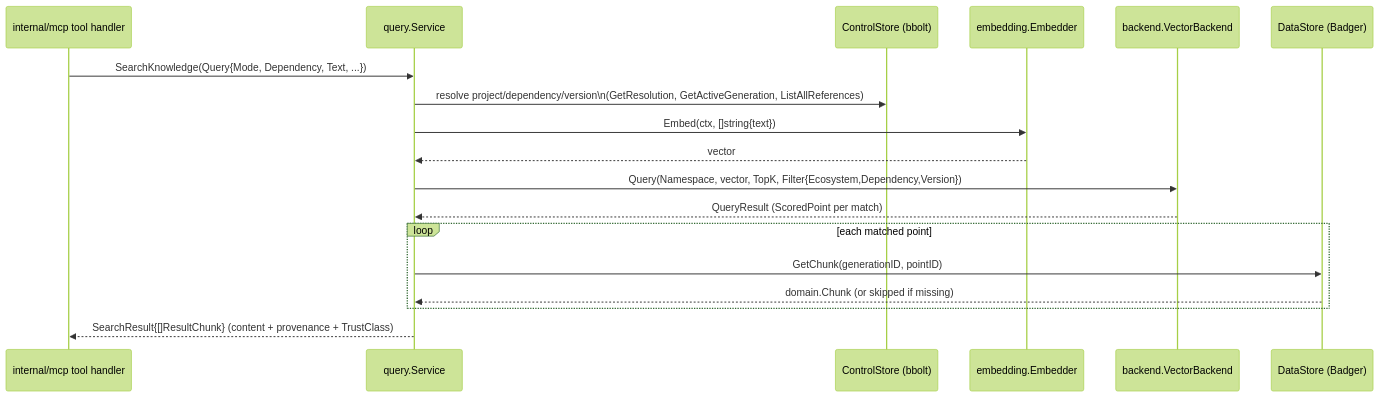
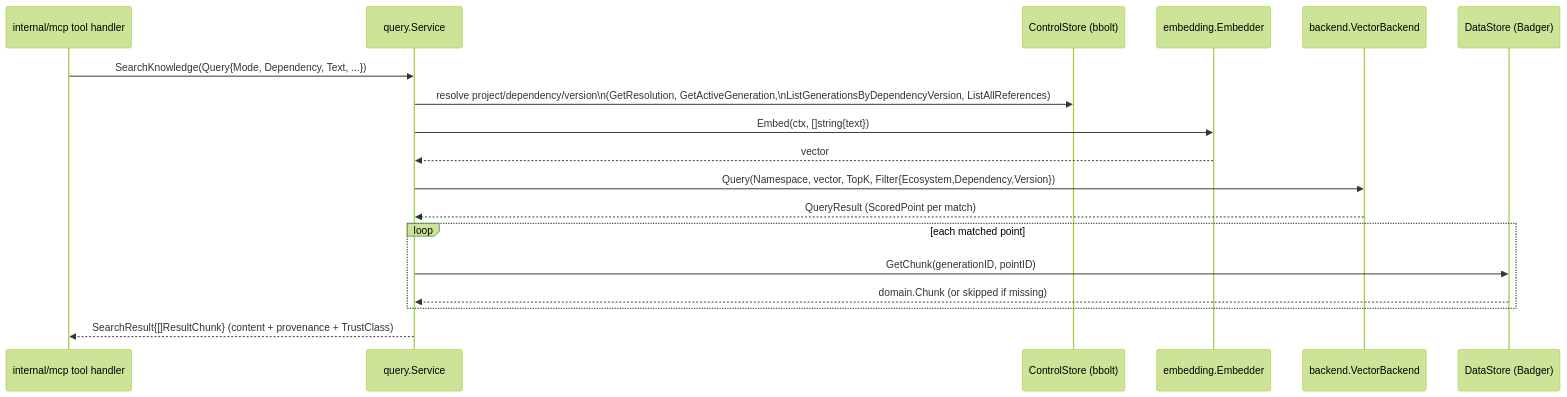
The diagram in docs/internal/query.md (aleutian-ai/depctl), drawn with Mermaid (forest theme) before and after one commit. The commit also changed other lines of this file and 117 other files, not shown here.

Commit message:
GRAPH-work beginning so closing this branch + STRESS testing work

````diff
--- a/docs/internal/query.md
+++ b/docs/internal/query.md
@@ -28,21 +28,21 @@
 ```mermaid
 sequenceDiagram
     participant MCP as internal/mcp tool handler
     participant Svc as query.Service
     participant Bbolt as ControlStore (bbolt)
     participant Embed as embedding.Embedder
     participant VB as backend.VectorBackend
     participant Badger as DataStore (Badger)
 
     MCP->>Svc: SearchKnowledge(Query{Mode, Dependency, Text, ...})
-    Svc->>Bbolt: resolve project/dependency/version\n(GetResolution, GetActiveGeneration, ListAllReferences)
+    Svc->>Bbolt: resolve project/dependency/version\n(GetResolution, GetActiveGeneration,\nListGenerationsByDependencyVersion, ListAllReferences)
     Svc->>Embed: Embed(ctx, []string{text})
     Embed-->>Svc: vector
     Svc->>VB: Query(Namespace, vector, TopK, Filter{Ecosystem,Dependency,Version})
     VB-->>Svc: QueryResult (ScoredPoint per match)
     loop each matched point
         Svc->>Badger: GetChunk(generationID, pointID)
         Badger-->>Svc: domain.Chunk (or skipped if missing)
     end
     Svc-->>MCP: SearchResult{[]ResultChunk} (content + provenance + TrustClass)
 ```
````
